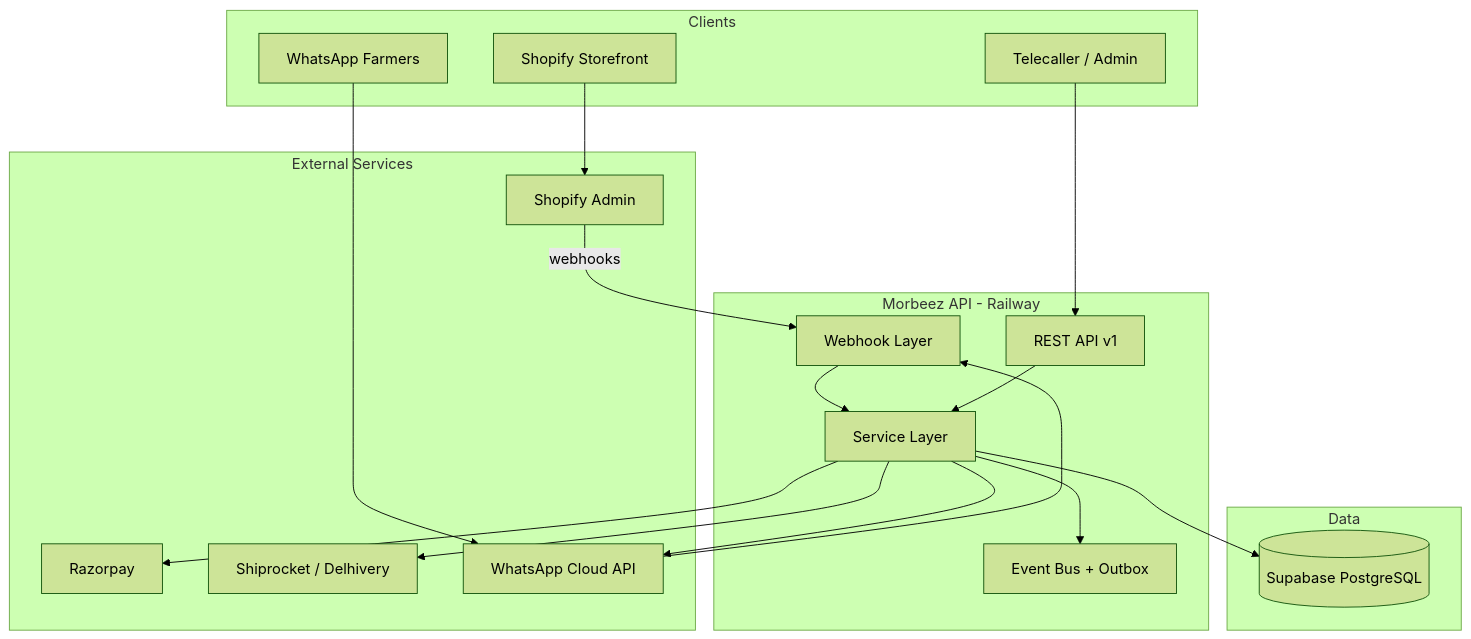
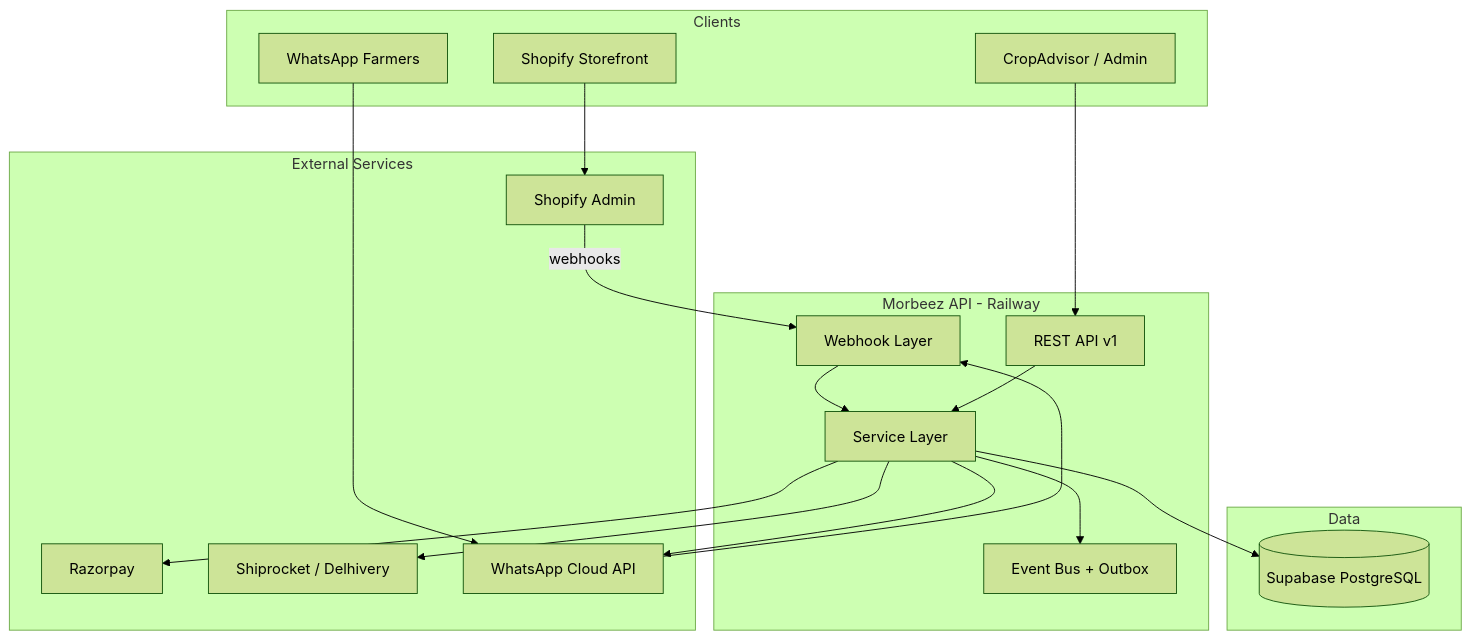
Before and after one commit to gaiusroy95/morbeez: the diagram in docs/m2/01-backend-architecture.md, drawn with Mermaid (forest theme). The commit also changed 1019 other files, not shown here.

Commit message:
fixed: telecaller to crop_advisor

````diff
--- a/docs/m2/01-backend-architecture.md
+++ b/docs/m2/01-backend-architecture.md
@@ -5,38 +5,38 @@
 ```mermaid
 flowchart TB
   subgraph clients [Clients]
     SF[Shopify Storefront]
     WA[WhatsApp Farmers]
-    TC[Telecaller / Admin]
+    TC[CropAdvisor / Admin]
   end
 
   subgraph morbeez_api [Morbeez API - Railway]
     WH[Webhook Layer]
     API[REST API v1]
     EB[Event Bus + Outbox]
     SVC[Service Layer]
   end
 
   subgraph external [External Services]
     SH[Shopify Admin]
     RZ[Razorpay]
     SR[Shiprocket / Delhivery]
     META[WhatsApp Cloud API]
   end
 
   subgraph data [Data]
     SB[(Supabase PostgreSQL)]
   end
 
   SF --> SH
   SH -->|webhooks| WH
   WA --> META --> WH
   TC --> API
   WH --> SVC
   API --> SVC
   SVC --> EB
   SVC --> SB
   SVC --> RZ
   SVC --> SR
   SVC --> META
 ```
````
